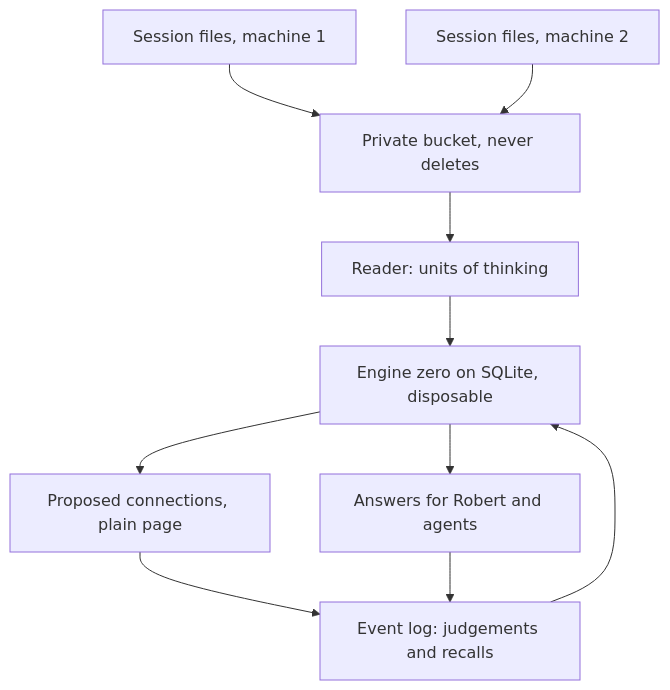
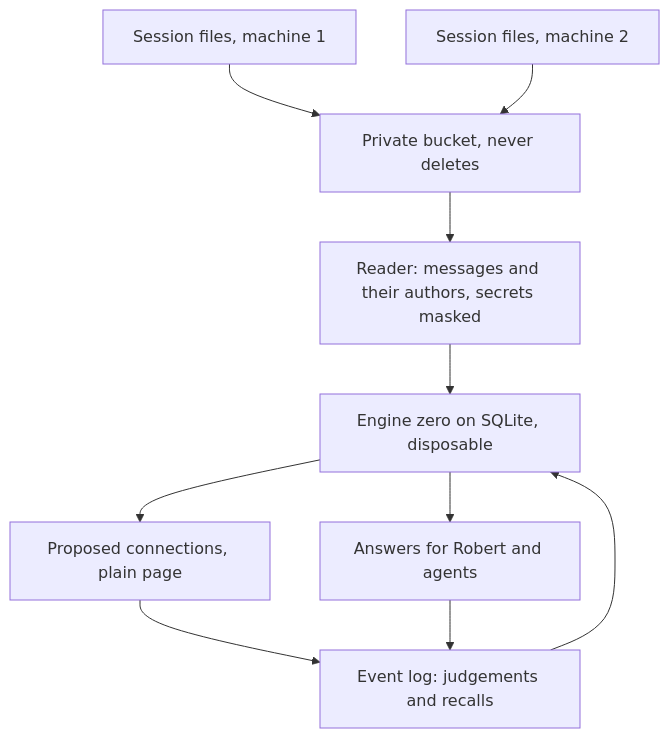
Before and after one commit to robertguss/shared-whiteboard: the diagram in docs/plans/2026-11-16-0113-feat-engine-zero-plan.md, drawn with Mermaid. The commit also changed other lines of this file and 4 other files, not shown here.

````diff
--- a/docs/plans/2026-11-16-0113-feat-engine-zero-plan.md
+++ b/docs/plans/2026-11-16-0113-feat-engine-zero-plan.md
@@ -100,12 +117,12 @@
 ```mermaid
 flowchart TB
   M1[Session files, machine 1] --> B[Private bucket, never deletes]
   M2[Session files, machine 2] --> B
-  B --> R[Reader: units of thinking]
+  B --> R[Reader: messages and their authors, secrets masked]
   J[Event log: judgements and recalls] --> E
   R --> E[Engine zero on SQLite, disposable]
   E --> Q[Answers for Robert and agents]
   E --> P[Proposed connections, plain page]
   P --> J
   Q --> J
 ```
````
